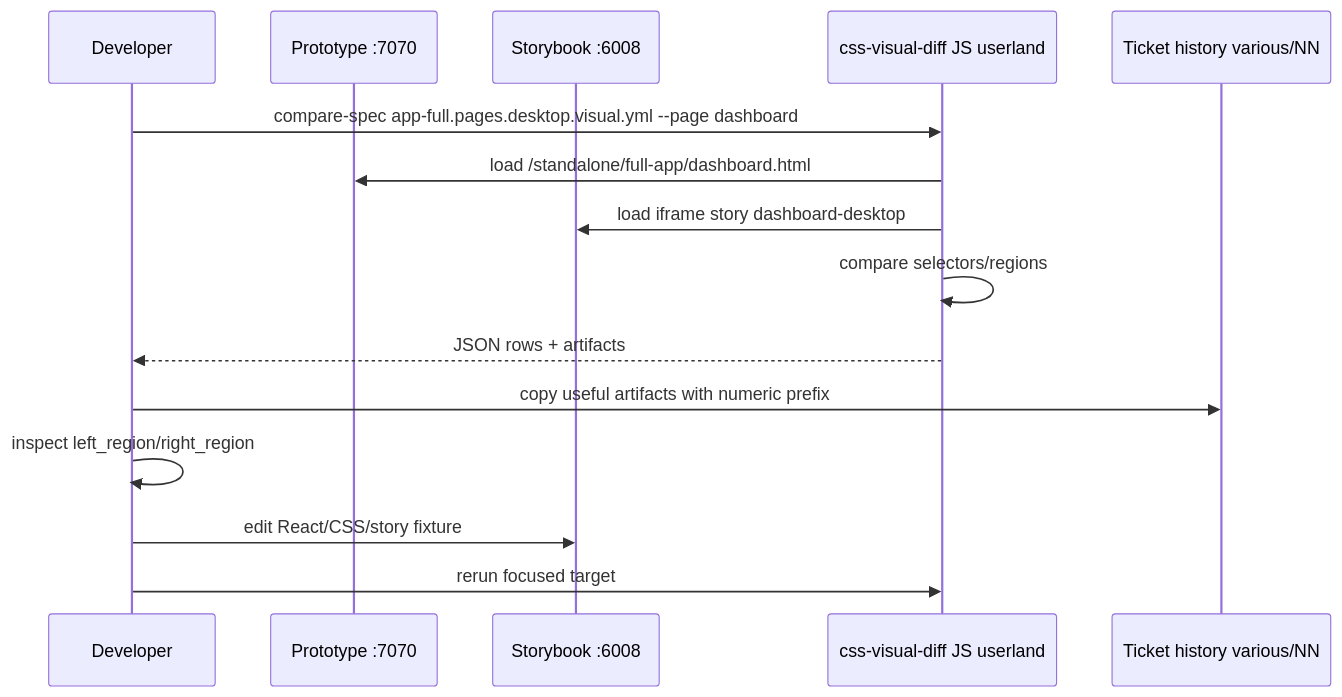
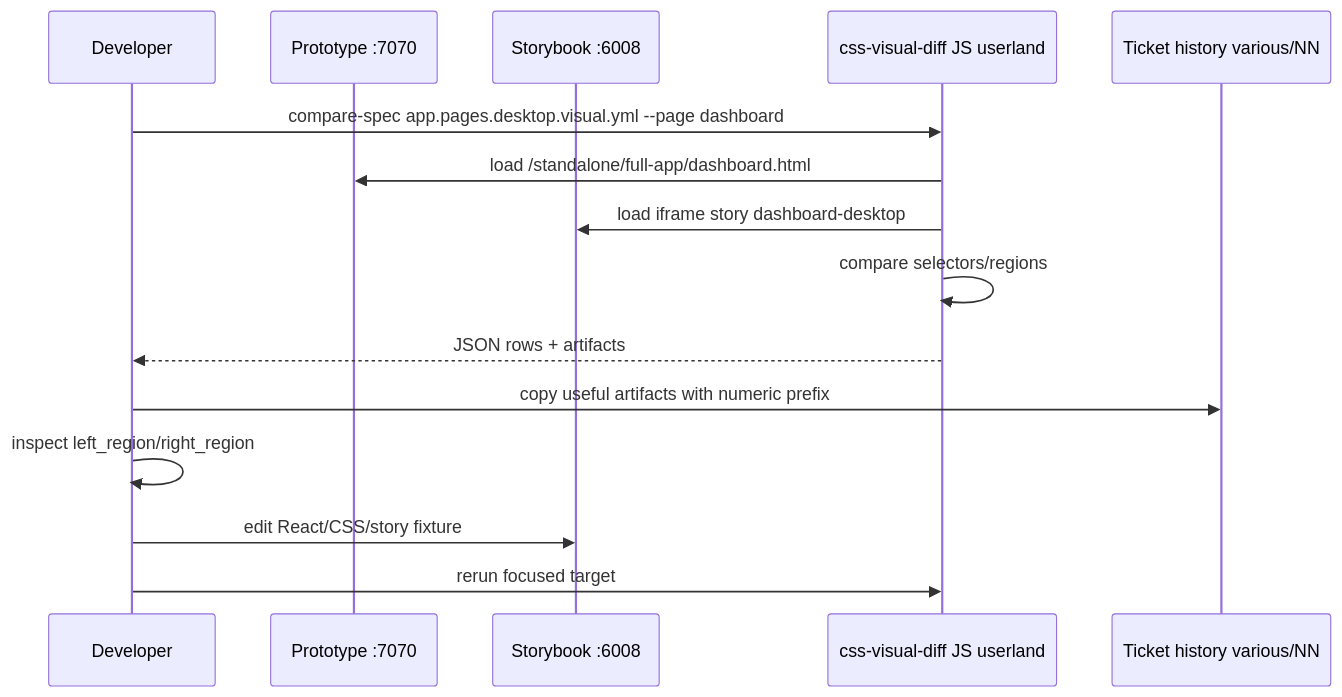
Before and after one commit to wesen/2026-04-23--pyxis: the third of 3 diagrams in ttmp/2026/04/25/PYXIS-APP-REACT--build-pyxis-app-react-package-from-full-app-prototypes/design/01-pyxis-app-react-end-to-end-workflow-guide.md, drawn with Mermaid. The commit also changed other lines of this file and 4 other files, not shown here.

````diff
--- a/ttmp/2026/04/25/PYXIS-APP-REACT--build-pyxis-app-react-package-from-full-app-prototypes/design/01-pyxis-app-react-end-to-end-workflow-guide.md
+++ b/ttmp/2026/04/25/PYXIS-APP-REACT--build-pyxis-app-react-package-from-full-app-prototypes/design/01-pyxis-app-react-end-to-end-workflow-guide.md
@@ -1623,18 +1613,18 @@
 ```mermaid
 sequenceDiagram
   participant Dev as Developer
   participant Proto as Prototype :7070
   participant SB as Storybook :6008
   participant CVD as css-visual-diff JS userland
   participant Hist as Ticket history various/NN
 
-  Dev->>CVD: compare-spec app-full.pages.desktop.visual.yml --page dashboard
+  Dev->>CVD: compare-spec app.pages.desktop.visual.yml --page dashboard
   CVD->>Proto: load /standalone/full-app/dashboard.html
   CVD->>SB: load iframe story dashboard-desktop
   CVD->>CVD: compare selectors/regions
   CVD-->>Dev: JSON rows + artifacts
   Dev->>Hist: copy useful artifacts with numeric prefix
   Dev->>Dev: inspect left_region/right_region
   Dev->>SB: edit React/CSS/story fixture
   Dev->>CVD: rerun focused target
 ```
````
